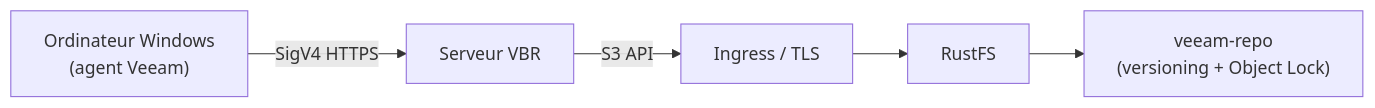
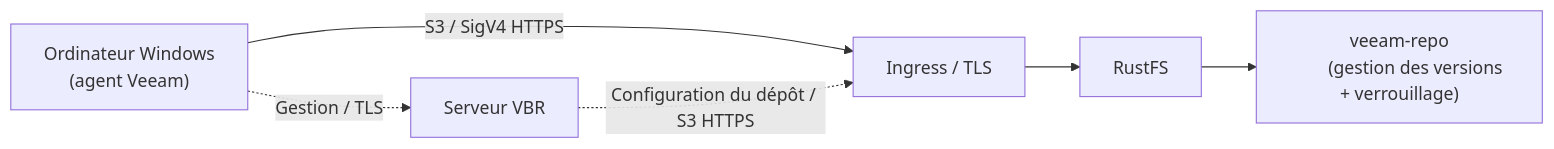
The diagram in content/fr/developer/integration/backup/veeam.md (rustfs/docs.rustfs.com), drawn with Mermaid before and after one commit. The commit also changed other lines of this file and 44 other files, not shown here.

````diff
--- a/content/fr/developer/integration/backup/veeam.md
+++ b/content/fr/developer/integration/backup/veeam.md
@@ -18,9 +22,10 @@
 ```mermaid
 flowchart LR
 	Computer["Ordinateur Windows
-	(agent Veeam)"] -->|SigV4 HTTPS| VBR["Serveur VBR"]
-	VBR -->|S3 API| Traefik["Ingress / TLS"]
+	(agent Veeam)"] -.->|Gestion / TLS| VBR["Serveur VBR"]
+	Computer -->|S3 / SigV4 HTTPS| Traefik["Ingress / TLS"]
+	VBR -.->|Configuration du dépôt / S3 HTTPS| Traefik
 	Traefik --> RustFS["RustFS"]
 	RustFS --> Bucket["veeam-repo
-	(versioning + Object Lock)"]
+	(gestion des versions + verrouillage)"]
 ```
````
